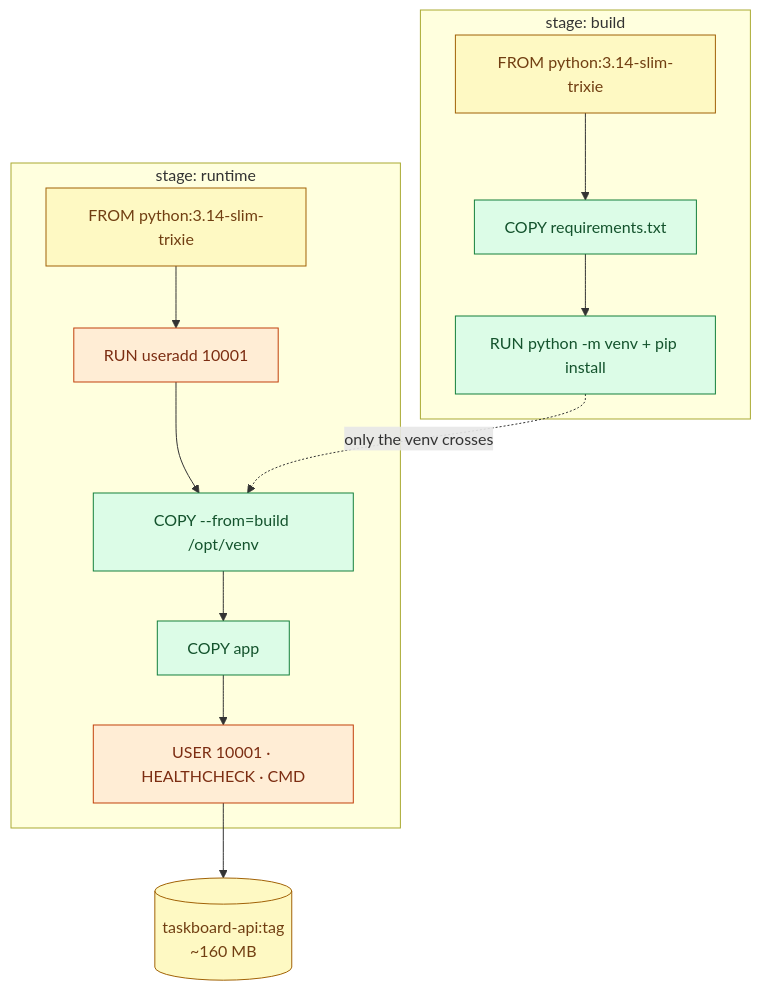
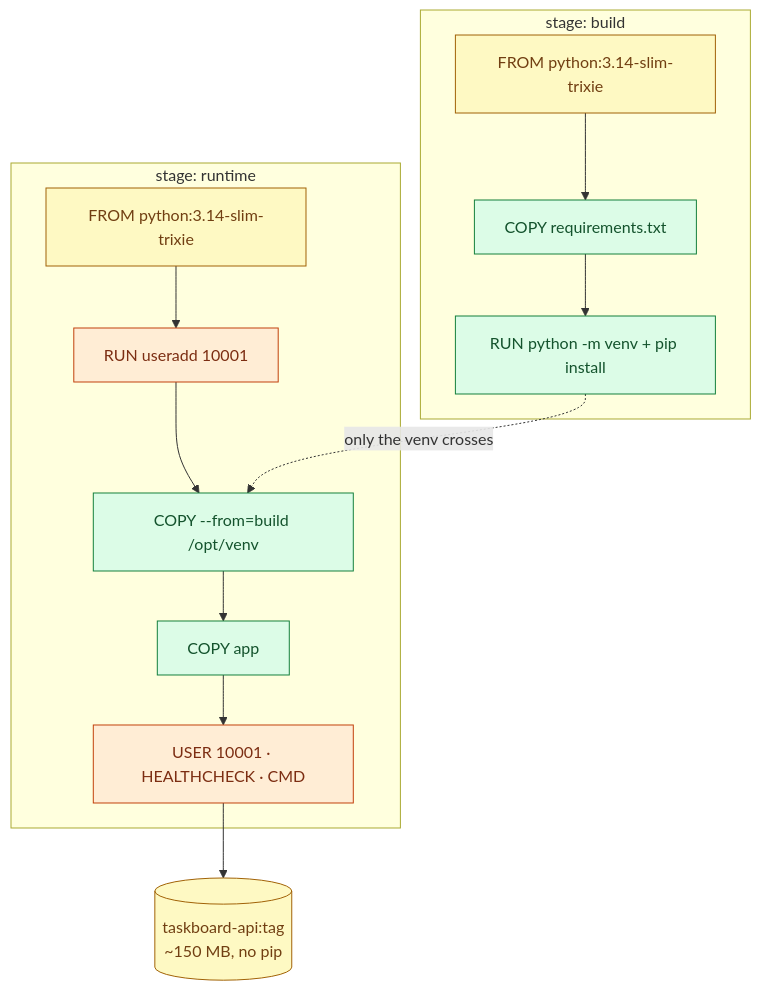
The diagram in docs/concepts/docker-images-and-builds.md (cloud-prakhar/devops-sre-engineering-labs), drawn with Mermaid before and after one commit. The commit also changed 77 other files, not shown here.

````diff
--- a/docs/concepts/docker-images-and-builds.md
+++ b/docs/concepts/docker-images-and-builds.md
@@ -18,16 +18,16 @@
 ```mermaid
 flowchart TB
     subgraph build[stage: build]
         b1[FROM python:3.14-slim-trixie]:::data --> b2[COPY requirements.txt]:::app --> b3[RUN python -m venv + pip install]:::app
     end
     subgraph runtime[stage: runtime]
         r1[FROM python:3.14-slim-trixie]:::data --> r2[RUN useradd 10001]:::sec
         r2 --> r3[COPY --from=build /opt/venv]:::app --> r4[COPY app]:::app
         r4 --> r5[USER 10001 · HEALTHCHECK · CMD]:::sec
     end
     b3 -. only the venv crosses .-> r3
-    r5 --> img[(taskboard-api:tag<br/>~160 MB)]:::data
+    r5 --> img[(taskboard-api:tag<br/>~150 MB, no pip)]:::data
     classDef data fill:#fef9c3,stroke:#a16207,color:#713f12
     classDef app fill:#dcfce7,stroke:#15803d,color:#14532d
     classDef sec fill:#ffedd5,stroke:#c2410c,color:#7c2d12
 ```
````
